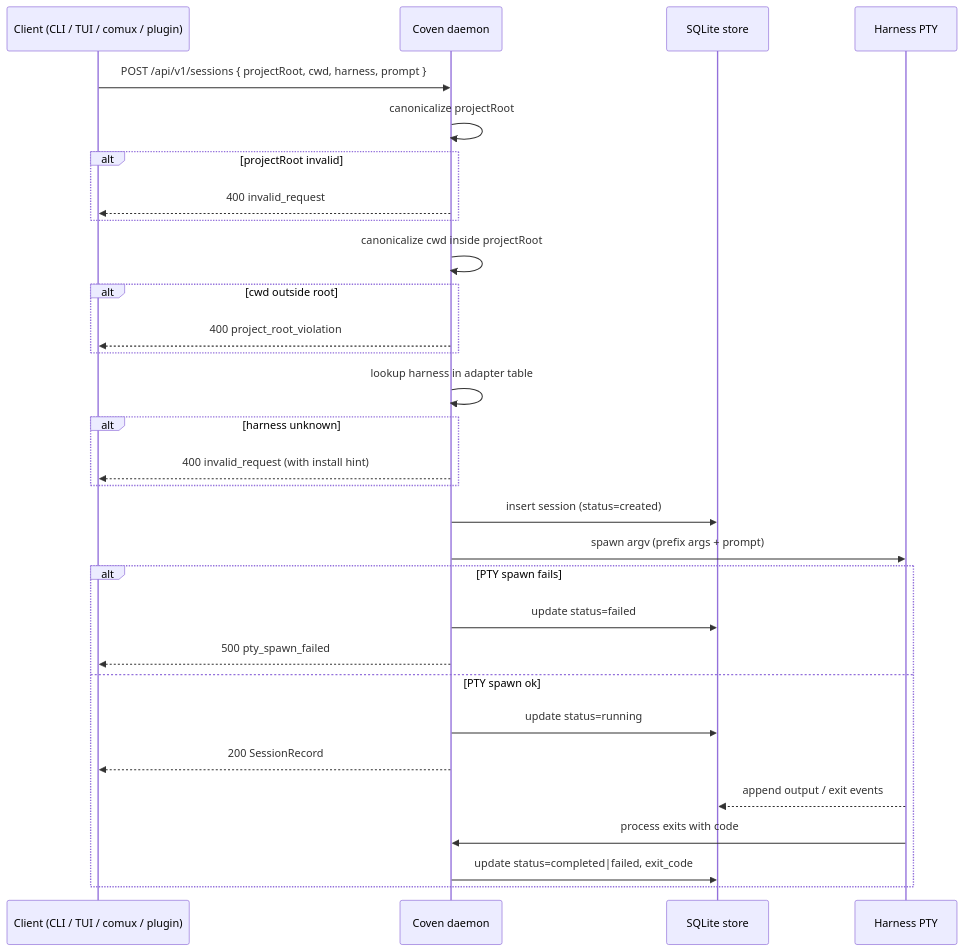
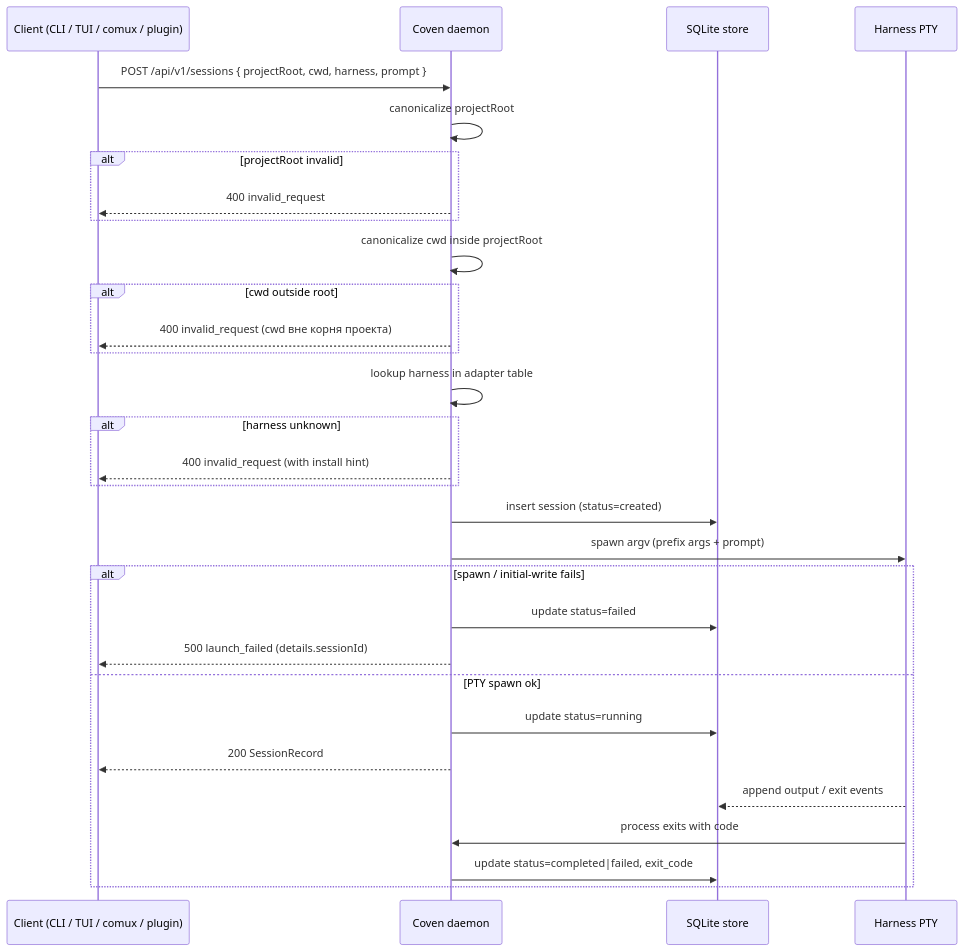
Before and after one commit to DropShock-Digital/coven: the second of 2 diagrams in docs/ru/SESSION-LIFECYCLE.md, drawn with Mermaid. The commit also changed 7 other files, not shown here.

````diff
--- a/docs/ru/SESSION-LIFECYCLE.md
+++ b/docs/ru/SESSION-LIFECYCLE.md
@@ -63,33 +63,33 @@
 ```mermaid
 sequenceDiagram
   participant Client as Client (CLI / TUI / comux / plugin)
   participant Daemon as Coven daemon
   participant Store as SQLite store
   participant PTY as Harness PTY
 
   Client->>Daemon: POST /api/v1/sessions { projectRoot, cwd, harness, prompt }
   Daemon->>Daemon: canonicalize projectRoot
   alt projectRoot invalid
     Daemon-->>Client: 400 invalid_request
   end
   Daemon->>Daemon: canonicalize cwd inside projectRoot
   alt cwd outside root
-    Daemon-->>Client: 400 project_root_violation
+    Daemon-->>Client: 400 invalid_request (cwd вне корня проекта)
   end
   Daemon->>Daemon: lookup harness in adapter table
   alt harness unknown
     Daemon-->>Client: 400 invalid_request (with install hint)
   end
   Daemon->>Store: insert session (status=created)
   Daemon->>PTY: spawn argv (prefix args + prompt)
-  alt PTY spawn fails
+  alt spawn / initial-write fails
     Daemon->>Store: update status=failed
-    Daemon-->>Client: 500 pty_spawn_failed
+    Daemon-->>Client: 500 launch_failed (details.sessionId)
   else PTY spawn ok
     Daemon->>Store: update status=running
     Daemon-->>Client: 200 SessionRecord
     PTY-->>Store: append output / exit events
     PTY->>Daemon: process exits with code
     Daemon->>Store: update status=completed|failed, exit_code
   end
 ```
````
